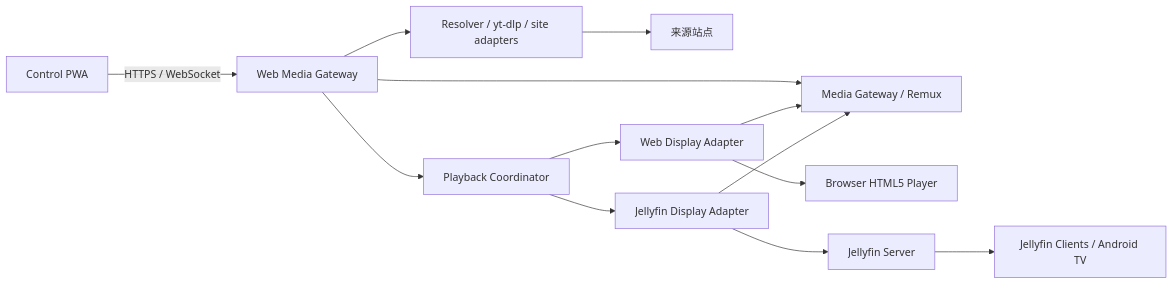
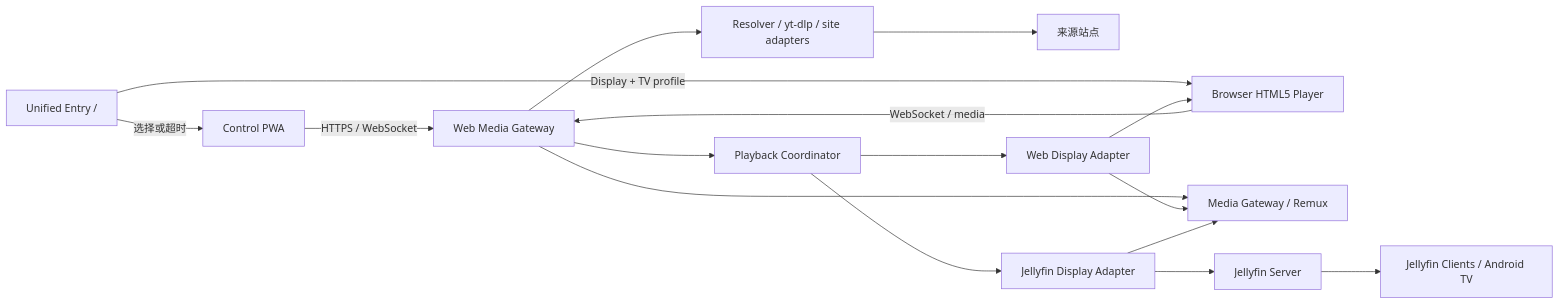
The first of 4 diagrams in docs/architecture.md (liqiangcc/jellyfin-web-media-gateway), drawn with Mermaid before and after one commit. The commit also changed other lines of this file and 5 other files, not shown here.

Commit message:
document-unified-entry-and-default-tv-display

````diff
--- a/docs/architecture.md
+++ b/docs/architecture.md
@@ -14,15 +16,18 @@
 ```mermaid
 flowchart LR
-    C[Control PWA] -->|HTTPS / WebSocket| G[Web Media Gateway]
+    E[Unified Entry /] -->|选择或超时| C[Control PWA]
+    E -->|Display + TV profile| B[Browser HTML5 Player]
+    C -->|HTTPS / WebSocket| G[Web Media Gateway]
+    B -->|WebSocket / media| G
     G --> PC[Playback Coordinator]
     G --> R[Resolver / yt-dlp / site adapters]
     R --> O[来源站点]
     G --> MG[Media Gateway / Remux]
     PC --> WD[Web Display Adapter]
-    WD --> B[Browser HTML5 Player]
+    WD --> B
     PC --> JD[Jellyfin Display Adapter]
     JD --> J[Jellyfin Server]
     J --> T[Jellyfin Clients / Android TV]
     WD --> MG
     JD --> MG
 ```
````
